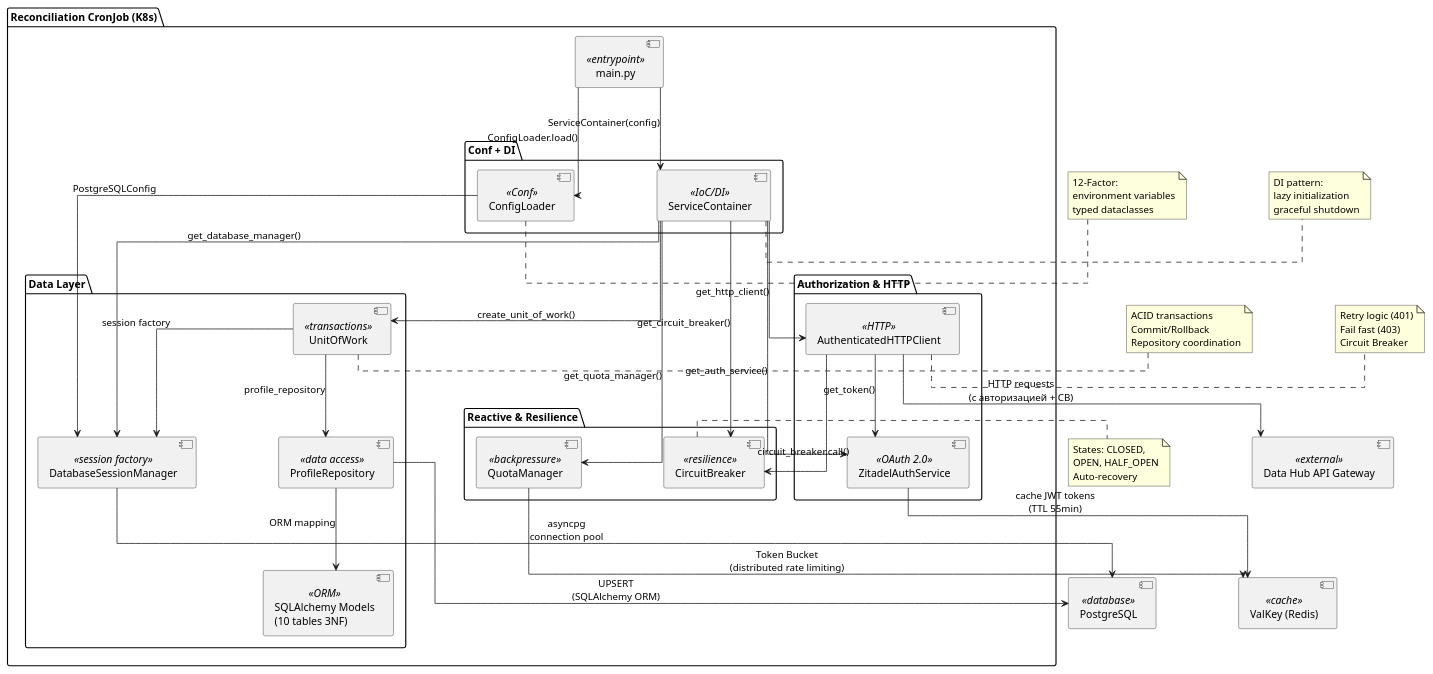
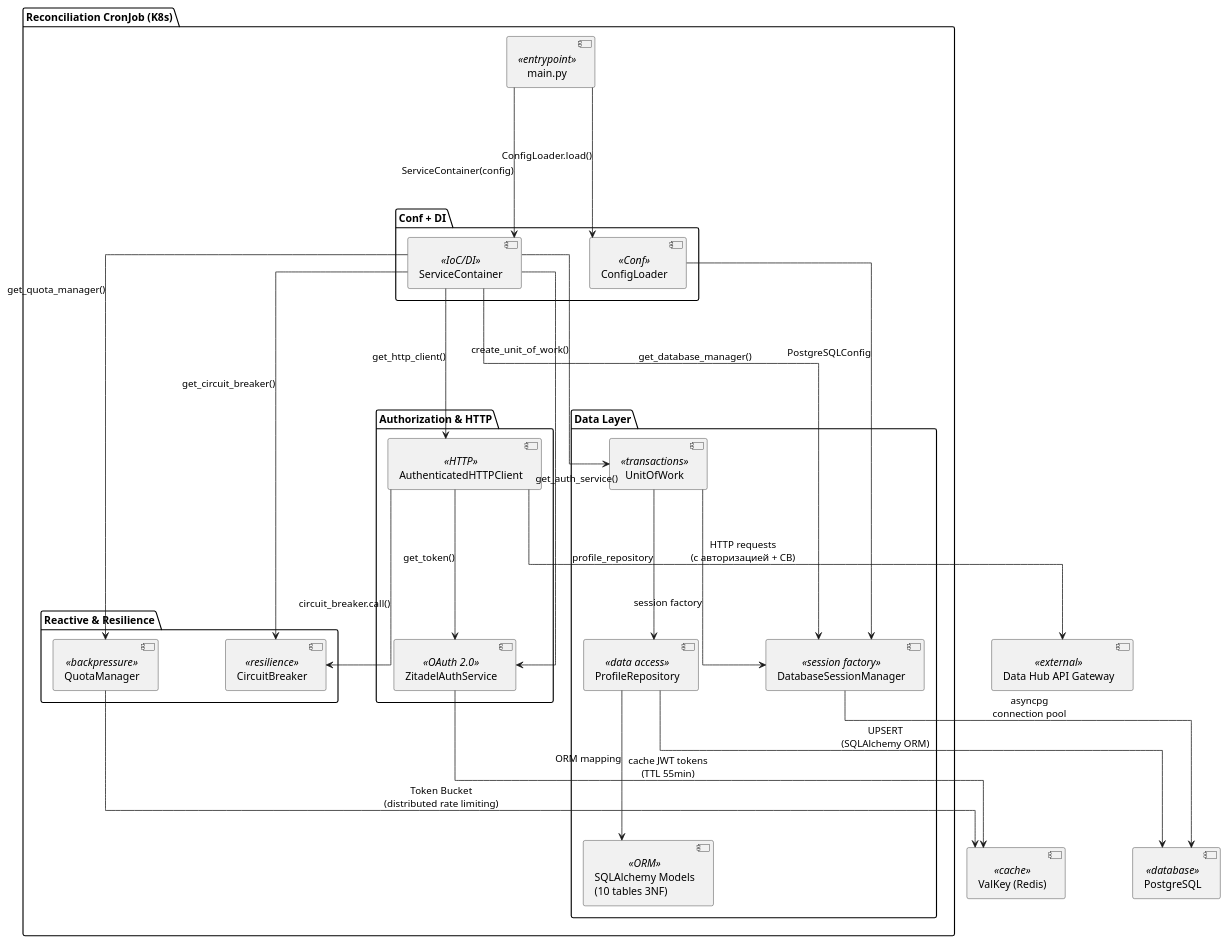
One commit to russianoracle/PoC changed the diagram in reconciliation-app/component-diagram.puml. Above: the diagram before and after it, drawn with PlantUML.

```diff
--- a/reconciliation-app/component-diagram.puml
+++ b/reconciliation-app/component-diagram.puml
@@ -1,95 +1,64 @@
 @startuml
 skinparam {
   shadowing false
   defaultFontName Arial
   linetype ortho
-  ranksep 110
-  nodesep 110
+  ranksep 200
+  nodesep 90
 }
 
 package "Reconciliation CronJob (K8s)" {
   component [main.py] as main <<entrypoint>>
 
   package "Conf + DI" {
     component [ConfigLoader] as config <<Conf>>
     component [ServiceContainer] as container <<IoC/DI>>
   }
 
   package "Reactive & Resilience" {
     component [CircuitBreaker] as cb <<resilience>>
     component [QuotaManager] as quota <<backpressure>>
   }
 
   package "Authorization & HTTP" {
     component [ZitadelAuthService] as auth <<OAuth 2.0>>
     component [AuthenticatedHTTPClient] as http <<HTTP>>
   }
 
   package "Data Layer" {
     component [DatabaseSessionManager] as dbmgr <<session factory>>
     component [UnitOfWork] as uow <<transactions>>
     component [ProfileRepository] as repo <<data access>>
     component [SQLAlchemy Models\n(10 tables 3NF)] as models <<ORM>>
   }
 
   main --> config : ConfigLoader.load()
   main --> container : ServiceContainer(config)
   container --> auth : get_auth_service()
   container --> quota : get_quota_manager()
   container --> cb : get_circuit_breaker()
   container --> http : get_http_client()
   container --> dbmgr : get_database_manager()
   container --> uow : create_unit_of_work()
 
   config --> dbmgr : PostgreSQLConfig
 
   http --> auth : get_token()
   http --> cb : circuit_breaker.call()
 
   uow --> repo : profile_repository
   repo --> models : ORM mapping
 }
 
 component [ValKey (Redis)] as valkey <<cache>>
 component [Data Hub API Gateway] as datahub <<external>>
 component [PostgreSQL] as postgres <<database>>
 
-auth --> valkey : cache JWT tokens\n(TTL 55min)
-quota --> valkey : Token Bucket\n(distributed rate limiting)
+auth -d-> valkey : cache JWT tokens\n(TTL 55min)
+quota -d-> valkey : Token Bucket\n(distributed rate limiting)
 http --> datahub : HTTP requests\n(с авторизацией + CB)
 
-dbmgr --> postgres : asyncpg\nconnection pool
+dbmgr -d-> postgres : asyncpg\nconnection pool
 uow --> dbmgr : session factory
-repo --> postgres : UPSERT\n(SQLAlchemy ORM)
-
-note right of config
-  12-Factor:
-  environment variables
-  typed dataclasses
-end note
-
-note right of container
-  DI pattern:
-  lazy initialization
-  graceful shutdown
-end note
-
-note right of cb
-  States: CLOSED,
-  OPEN, HALF_OPEN
-  Auto-recovery
-end note
-
-note right of http
-  Retry logic (401)
-  Fail fast (403)
-  Circuit Breaker
-end note
-
-note right of uow
-  ACID transactions
-  Commit/Rollback
-  Repository coordination
-end note
-
+repo -d-> postgres : UPSERT\n(SQLAlchemy ORM)
 @enduml
```
